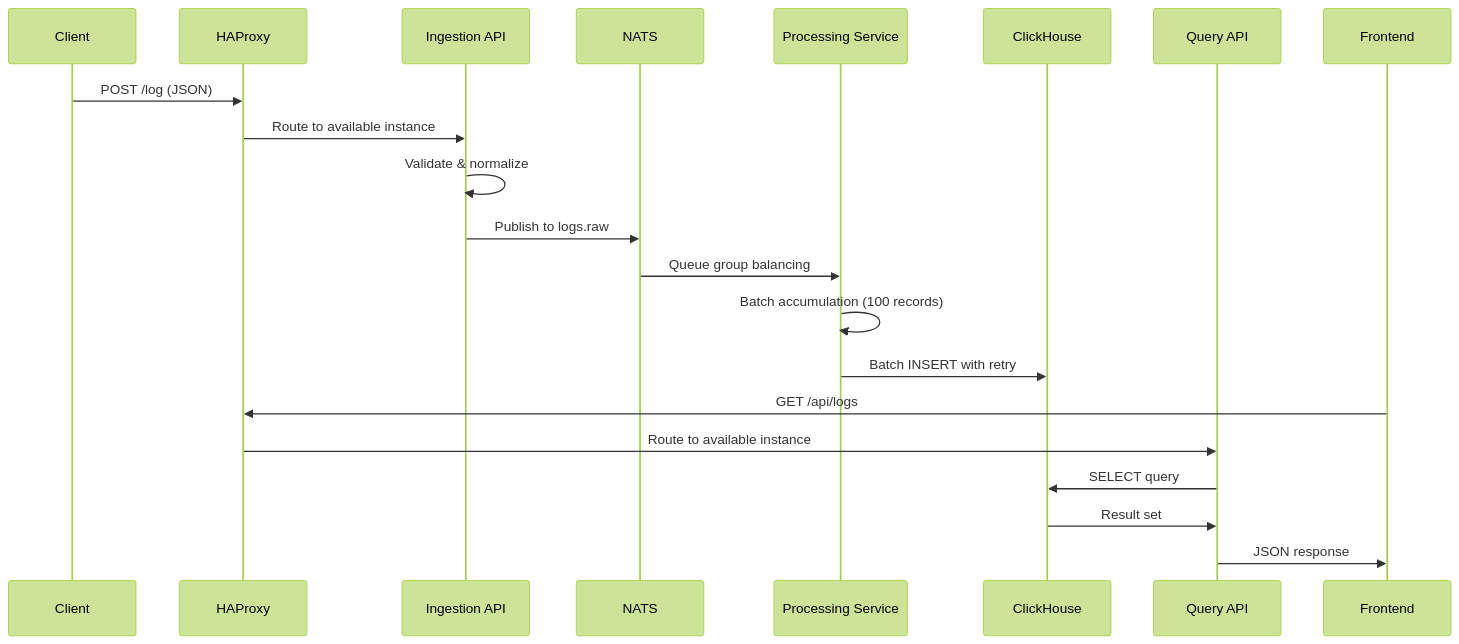
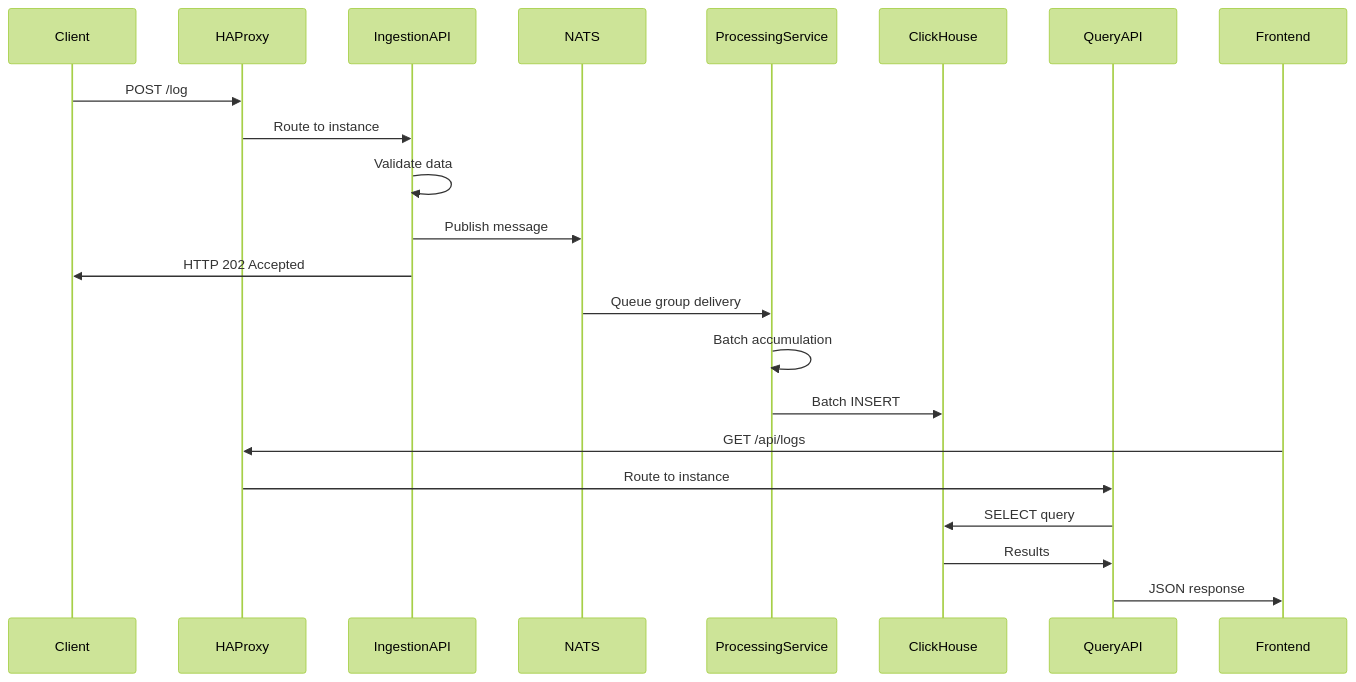
The second of 2 diagrams in README.md (denrusio/oglogstream), drawn with Mermaid (forest theme) before and after one commit. The commit also changed other lines of this file, not shown here.

First line of the commit message:
fix: Fix Mermaid diagrams syntax in README

````diff
--- a/README.md
+++ b/README.md
@@ -85,25 +86,27 @@
 ```mermaid
 sequenceDiagram
-    participant C as Client
-    participant H as HAProxy
-    participant I as Ingestion API
-    participant N as NATS
-    participant P as Processing Service
-    participant D as ClickHouse
-    participant Q as Query API
-    participant F as Frontend
+    participant Client
+    participant HAProxy
+    participant IngestionAPI
+    participant NATS
+    participant ProcessingService
+    participant ClickHouse
+    participant QueryAPI
+    participant Frontend
     
-    C->>H: POST /log (JSON)
-    H->>I: Route to available instance
-    I->>I: Validate & normalize
-    I->>N: Publish to logs.raw
-    N->>P: Queue group balancing
-    P->>P: Batch accumulation (100 records)
-    P->>D: Batch INSERT with retry
+    Client->>HAProxy: POST /log
+    HAProxy->>IngestionAPI: Route to instance
+    IngestionAPI->>IngestionAPI: Validate data
+    IngestionAPI->>NATS: Publish message
+    IngestionAPI->>Client: HTTP 202 Accepted
     
-    F->>H: GET /api/logs
-    H->>Q: Route to available instance
-    Q->>D: SELECT query
-    D->>Q: Result set
-    Q->>F: JSON response
+    NATS->>ProcessingService: Queue group delivery
+    ProcessingService->>ProcessingService: Batch accumulation
+    ProcessingService->>ClickHouse: Batch INSERT
+    
+    Frontend->>HAProxy: GET /api/logs
+    HAProxy->>QueryAPI: Route to instance
+    QueryAPI->>ClickHouse: SELECT query
+    ClickHouse->>QueryAPI: Results
+    QueryAPI->>Frontend: JSON response
 ```
````
